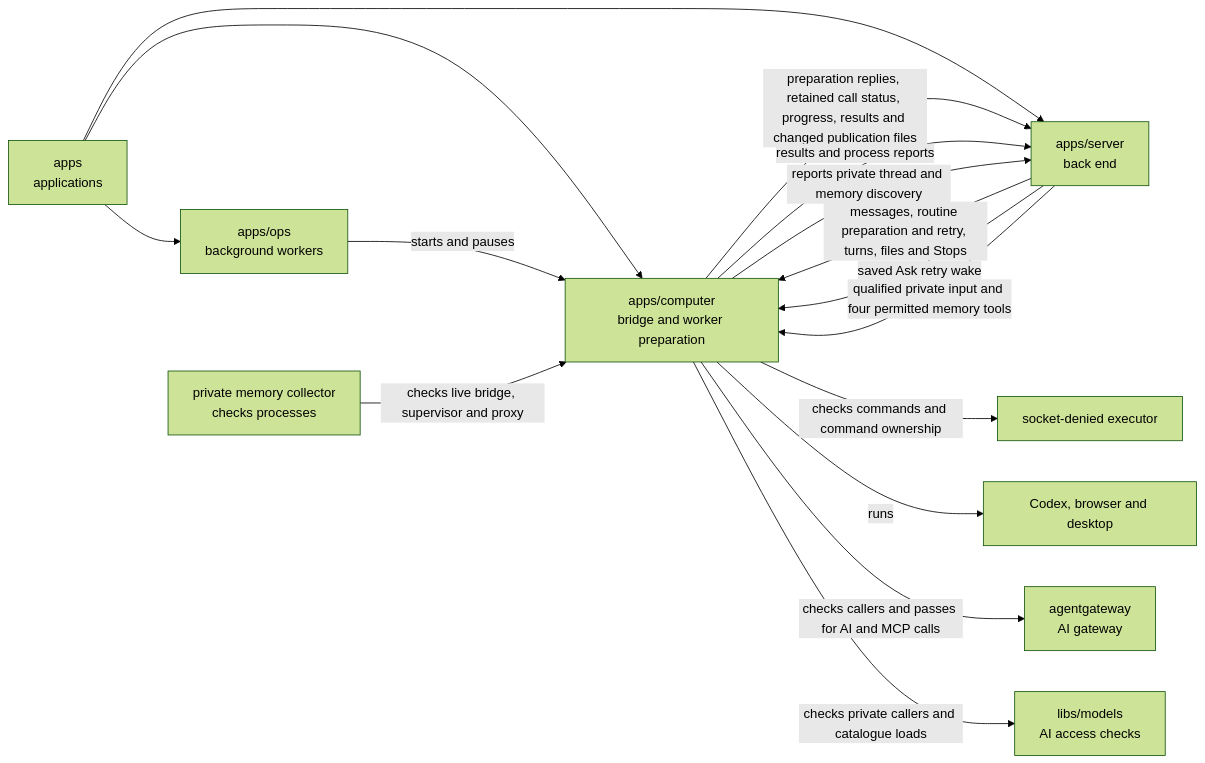
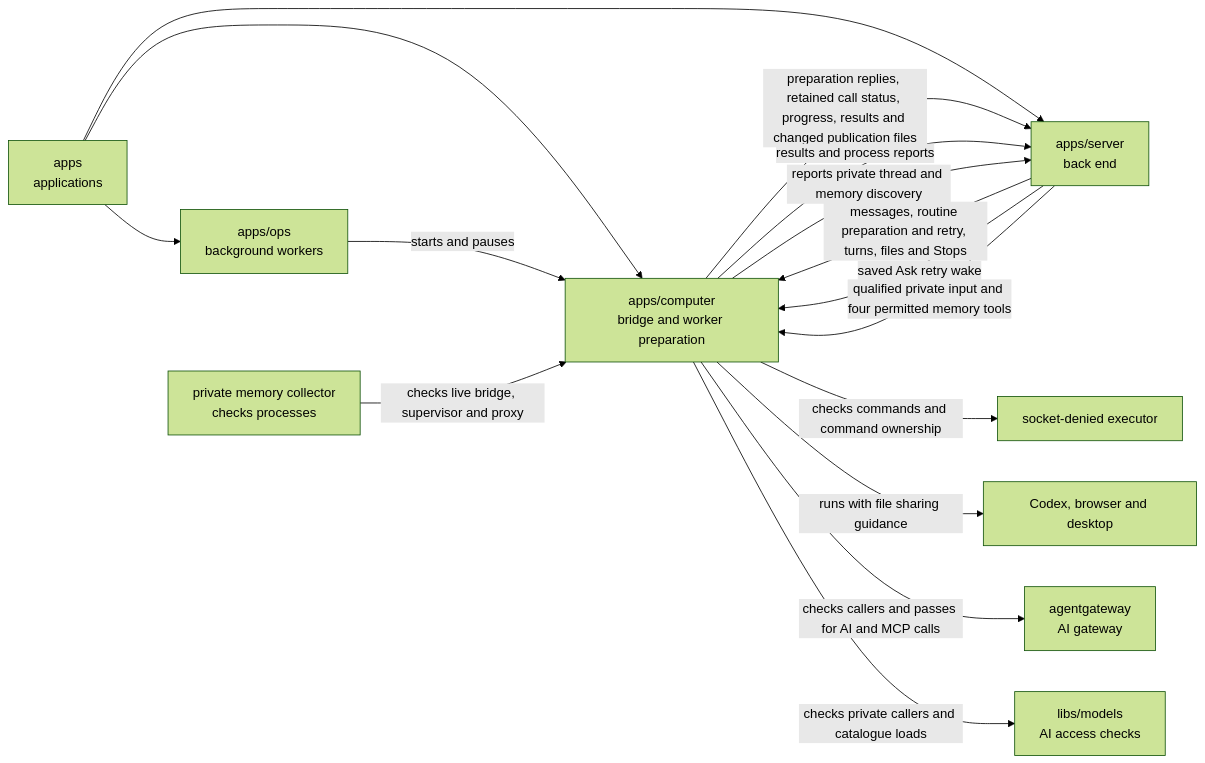
Before and after one commit to elewa-git/opencrane-new: the diagram in apps/computer/README.md, drawn with Mermaid (forest theme). The commit also changed other lines of this file and 19 other files, not shown here.

````diff
--- a/apps/computer/README.md
+++ b/apps/computer/README.md
@@ -16,18 +16,18 @@
 ```mermaid
 flowchart LR
   apps["apps<br/>applications"] --> computer["apps/computer<br/>bridge and worker preparation"]
   apps --> ops["apps/ops<br/>background workers"]
   apps --> server["apps/server<br/>back end"]
   ops -->|starts and pauses| computer
   server -->|messages, routine preparation and retry, turns, files and Stops| computer
   server -->|saved Ask retry wake| computer
   computer -->|preparation replies, retained call status, progress, results and changed publication files| server
   computer -->|results and process reports| server
   server -->|qualified private input and four permitted memory tools| computer
   computer -->|reports private thread and memory discovery| server
   computer -->|checks commands and command ownership| executor["socket-denied executor"]
-  computer -->|runs| desktop["Codex, browser and desktop"]
+  computer -->|runs with file sharing guidance| desktop["Codex, browser and desktop"]
   computer -->|checks callers and passes for AI and MCP calls| gateway["agentgateway<br/>AI gateway"]
   computer -->|checks private callers and catalogue loads| models["libs/models<br/>AI access checks"]
   collector["private memory collector<br/>checks processes"] -->|checks live bridge, supervisor and proxy| computer
 ```
````
